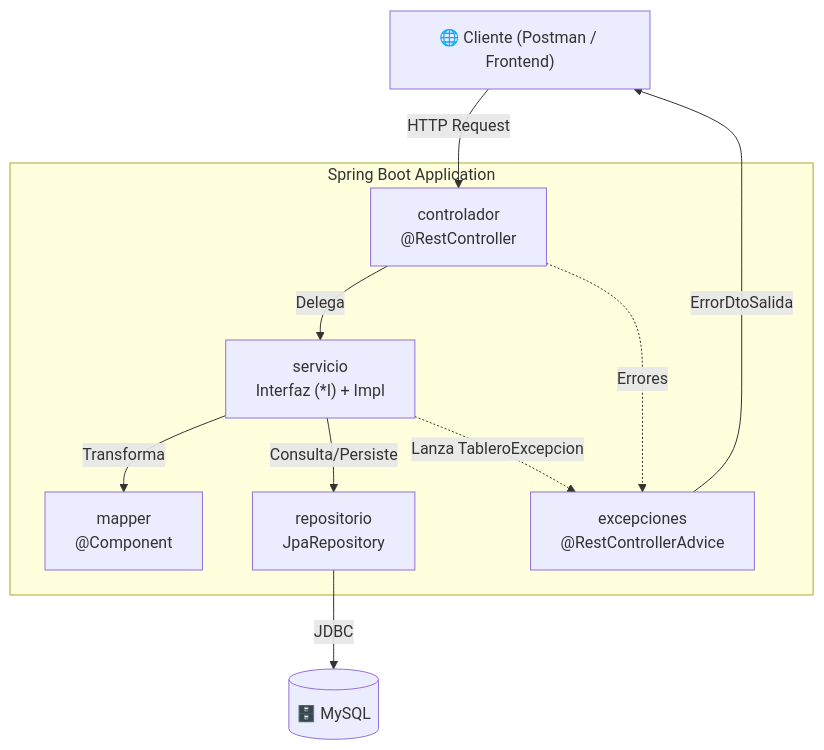
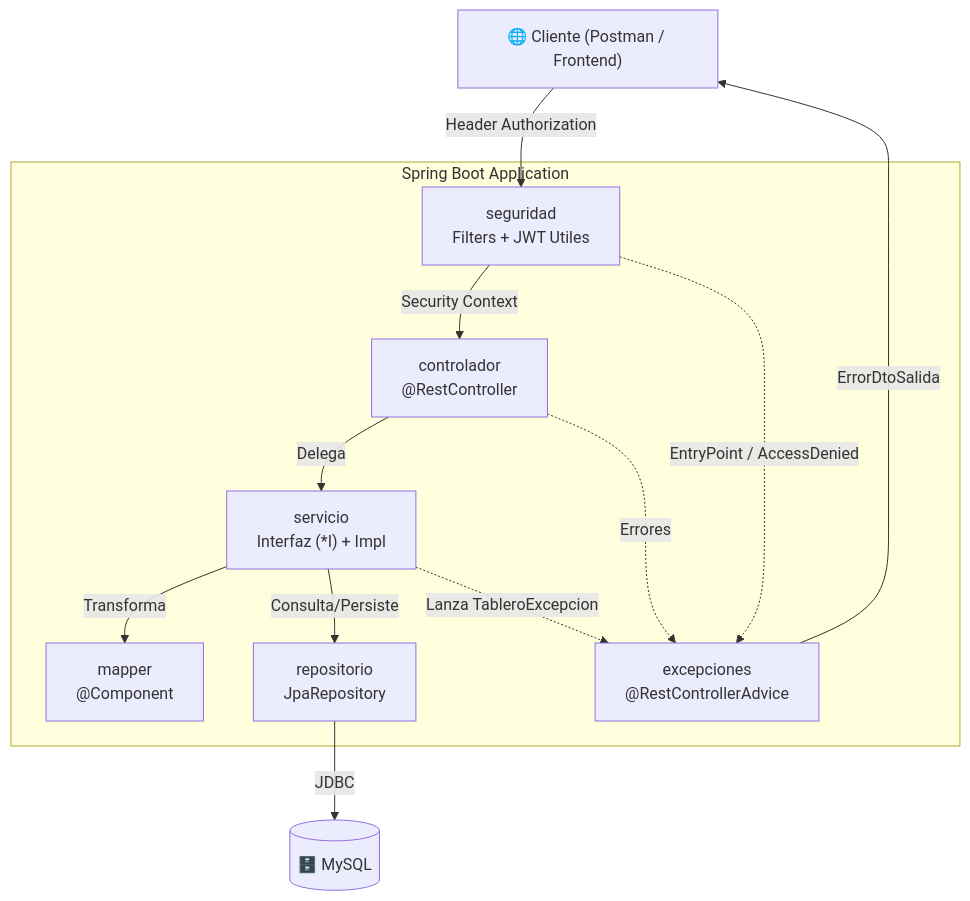
One commit to crsmusk/tablero-de-tareas changed the first of 2 diagrams in docs/architecture.md. Above: the diagram before and after it, drawn with Mermaid. The commit also changed other lines of this file and 11 other files, not shown here.

Commit message:
docs: actualizar documentación y estándares de seguridad JWT

````diff
--- a/docs/architecture.md
+++ b/docs/architecture.md
@@ -7,23 +7,26 @@
 ```mermaid
 graph TD
     Cliente["🌐 Cliente (Postman / Frontend)"]
     
     subgraph "Spring Boot Application"
+        S1["seguridad\nFilters + JWT Utiles"]
         C["controlador\n@RestController"]
-        S["servicio\nInterfaz (*I) + Impl"]
+        S2["servicio\nInterfaz (*I) + Impl"]
         M["mapper\n@Component"]
         R["repositorio\nJpaRepository"]
         EX["excepciones\n@RestControllerAdvice"]
     end
     
     DB[("🗄️ MySQL")]
 
-    Cliente -->|HTTP Request| C
-    C -->|Delega| S
-    S -->|Transforma| M
-    S -->|Consulta/Persiste| R
+    Cliente -->|Header Authorization| S1
+    S1 -->|Security Context| C
+    C -->|Delega| S2
+    S2 -->|Transforma| M
+    S2 -->|Consulta/Persiste| R
     R -->|JDBC| DB
     C -.->|Errores| EX
-    S -.->|Lanza TableroExcepcion| EX
+    S2 -.->|Lanza TableroExcepcion| EX
+    S1 -.->|EntryPoint / AccessDenied| EX
     EX -->|ErrorDtoSalida| Cliente
 ```
````
